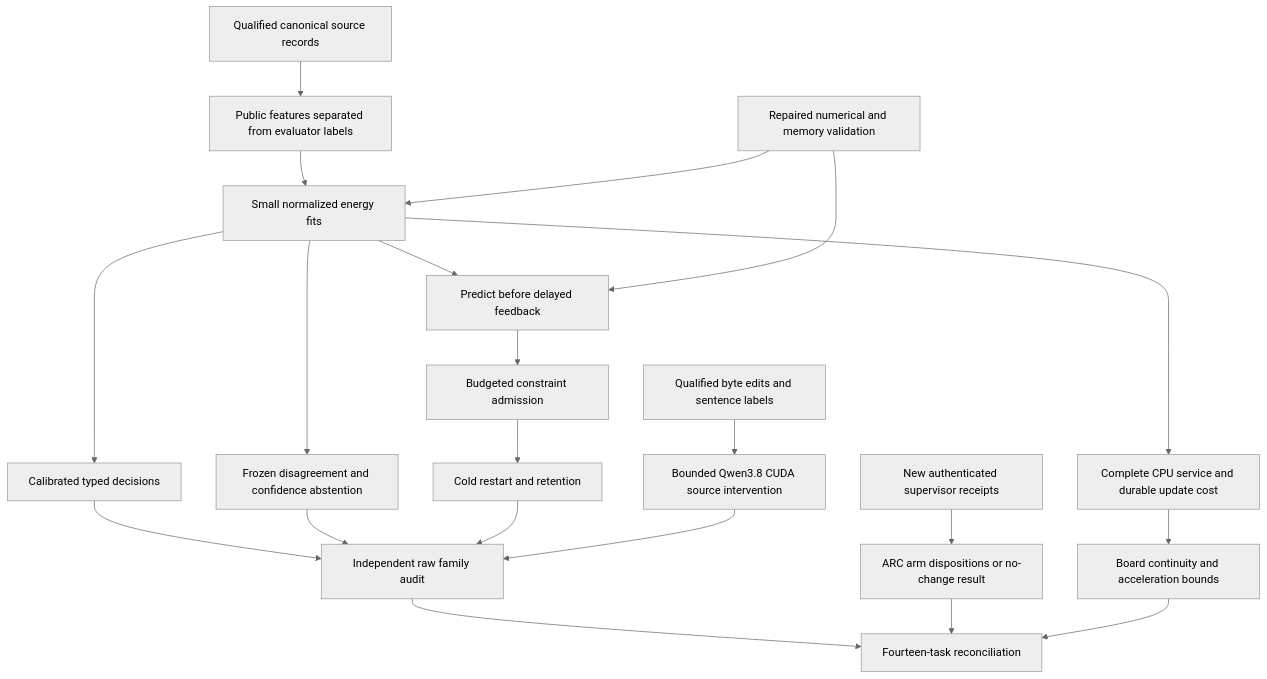
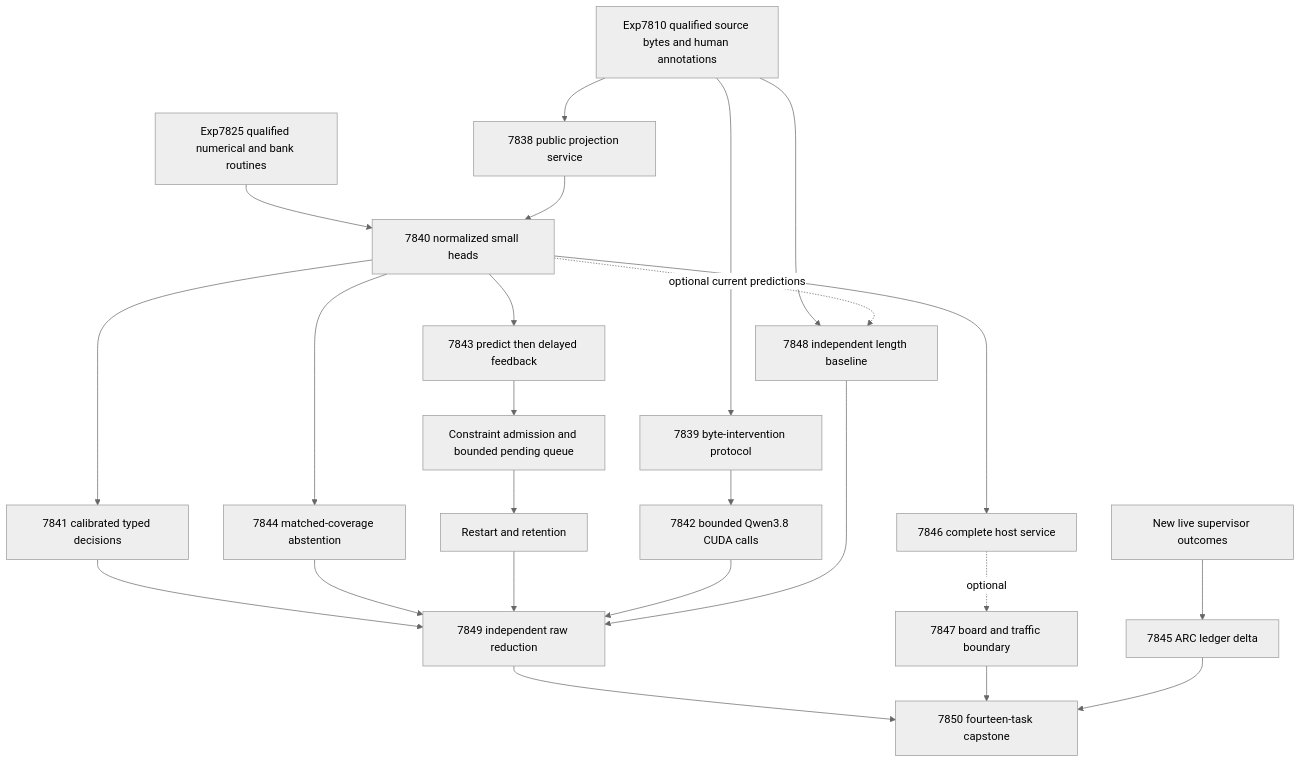
The first of 2 diagrams in openspec/change-proposals/research-roadmap-vNEXT.md (Carnot-EBM/carnot-ebm), drawn with Mermaid (neutral theme) before and after one commit. The commit also changed other lines of this file and 14 other files, not shown here.

````diff
--- a/openspec/change-proposals/research-roadmap-vNEXT.md
+++ b/openspec/change-proposals/research-roadmap-vNEXT.md
@@ -78,23 +78,26 @@
 ```mermaid
 flowchart TD
-    S[Qualified canonical source records] --> I[Public features separated from evaluator labels]
-    I --> F[Small normalized energy fits]
-    R[Repaired numerical and memory validation] --> F
-    F --> D[Calibrated typed decisions]
-    F --> U[Frozen disagreement and confidence abstention]
-    F --> L[Predict before delayed feedback]
-    R --> L
-    L --> B[Budgeted constraint admission]
-    B --> C[Cold restart and retention]
-    Q[Qualified byte edits and sentence labels] --> G[Bounded Qwen3.8 CUDA source intervention]
-    A[New authenticated supervisor receipts] --> O[ARC arm dispositions or no-change result]
-    D --> E[Independent raw family audit]
-    U --> E
-    C --> E
-    G --> E
-    F --> T[Complete CPU service and durable update cost]
-    T --> H[Board continuity and acceleration bounds]
-    E --> Z[Fourteen-task reconciliation]
-    O --> Z
+    S[Exp7810 qualified source bytes and human annotations] --> P[7838 public projection service]
+    N[Exp7825 qualified numerical and bank routines] --> F[7840 normalized small heads]
+    P --> F
+    F --> D[7841 calibrated typed decisions]
+    F --> A[7844 matched-coverage abstention]
+    F --> L[7843 predict then delayed feedback]
+    L --> B[Constraint admission and bounded pending queue]
+    B --> R[Restart and retention]
+    S --> Q[7839 byte-intervention protocol]
+    Q --> G[7842 bounded Qwen3.8 CUDA calls]
+    S --> X[7848 independent length baseline]
+    F -. optional current predictions .-> X
+    F --> T[7846 complete host service]
+    T -. optional .-> H[7847 board and traffic boundary]
+    O[New live supervisor outcomes] --> C[7845 ARC ledger delta]
+    D --> I[7849 independent raw reduction]
+    A --> I
+    R --> I
+    G --> I
+    X --> I
+    I --> Z[7850 fourteen-task capstone]
     H --> Z
+    C --> Z
 ```
````
